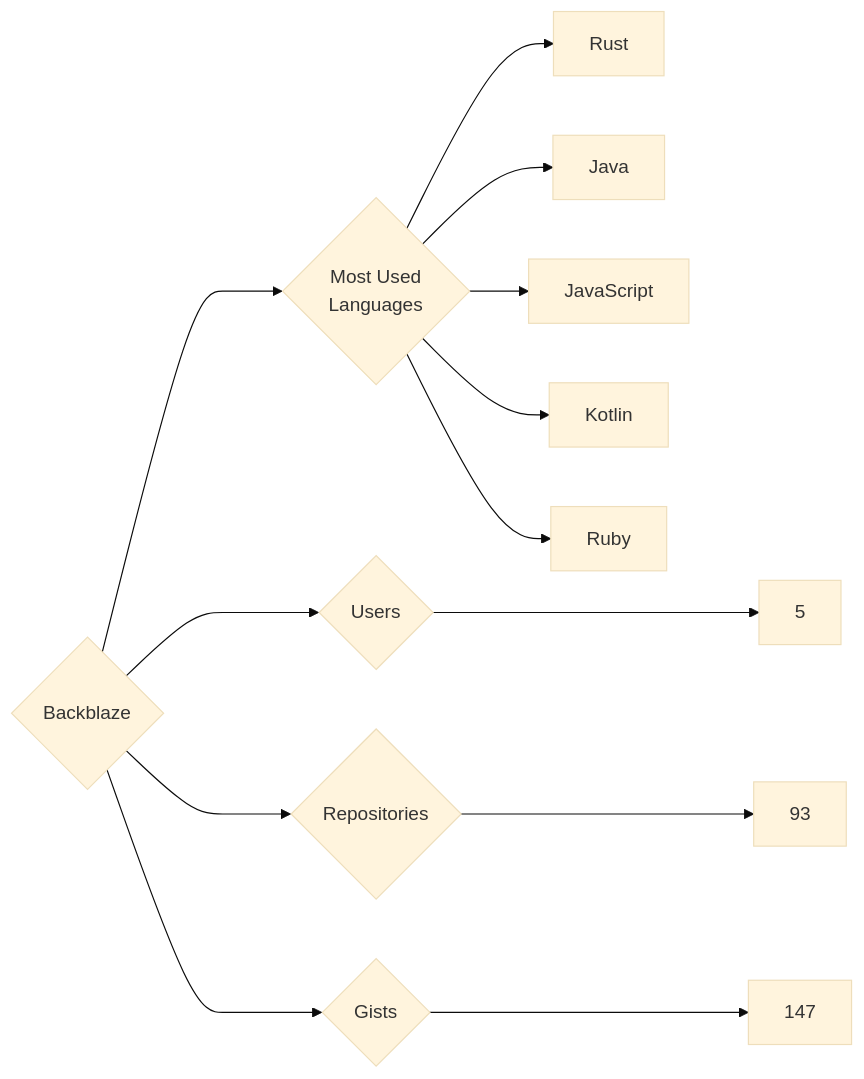
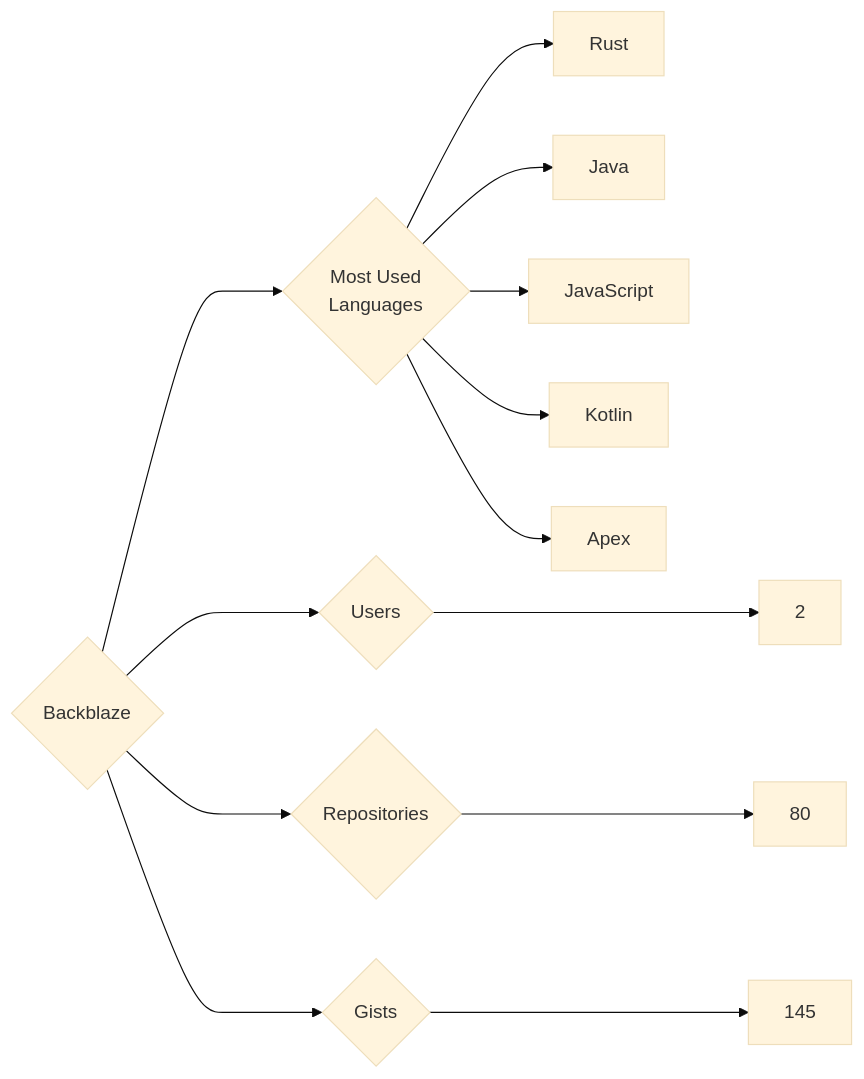
Before and after one commit to trickest/insiders: the diagram in targets/Backblaze/README.md, drawn with Mermaid (base theme). The commit also changed 693 other files, not shown here.

````diff
--- a/targets/Backblaze/README.md
+++ b/targets/Backblaze/README.md
@@ -3,13 +3,13 @@
 ```mermaid
 graph LR
 COMPANY_NAME{Backblaze}
-COMPANY_NAME ---> U{Users} ---> UN[5]
-COMPANY_NAME ---> R{Repositories} ---> RN[93]
-COMPANY_NAME ---> G{Gists} ---> GN[147]
+COMPANY_NAME ---> U{Users} ---> UN[2]
+COMPANY_NAME ---> R{Repositories} ---> RN[80]
+COMPANY_NAME ---> G{Gists} ---> GN[145]
 COMPANY_NAME ---> ML{Most Used<br>Languages}
 ML --> Rust[Rust]
 ML --> Java[Java]
 ML --> JavaScript[JavaScript]
 ML --> Kotlin[Kotlin]
-ML --> Ruby[Ruby]
+ML --> Apex[Apex]
 ```
````
